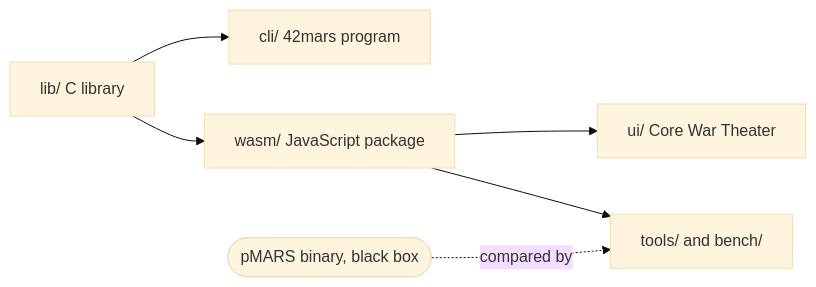
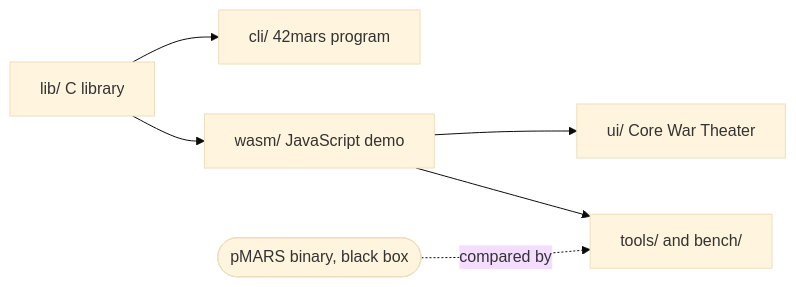
Before and after one commit to martinus/42mars: the diagram in README.md, drawn with Mermaid (base theme). The commit also changed other lines of this file and 8 other files, not shown here.

First line of the commit message:
release: the JavaScript interface is a demo, not an npm package

````diff
--- a/README.md
+++ b/README.md
@@ -240,8 +236,8 @@
 ```mermaid
 flowchart LR
   lib["lib/ C library"] --> cli["cli/ 42mars program"]
-  lib --> wasm["wasm/ JavaScript package"]
+  lib --> wasm["wasm/ JavaScript demo"]
   wasm --> ui["ui/ Core War Theater"]
   wasm --> tools["tools/ and bench/"]
   pmars(["pMARS binary, black box"]) -. compared by .-> tools
 ```
````
